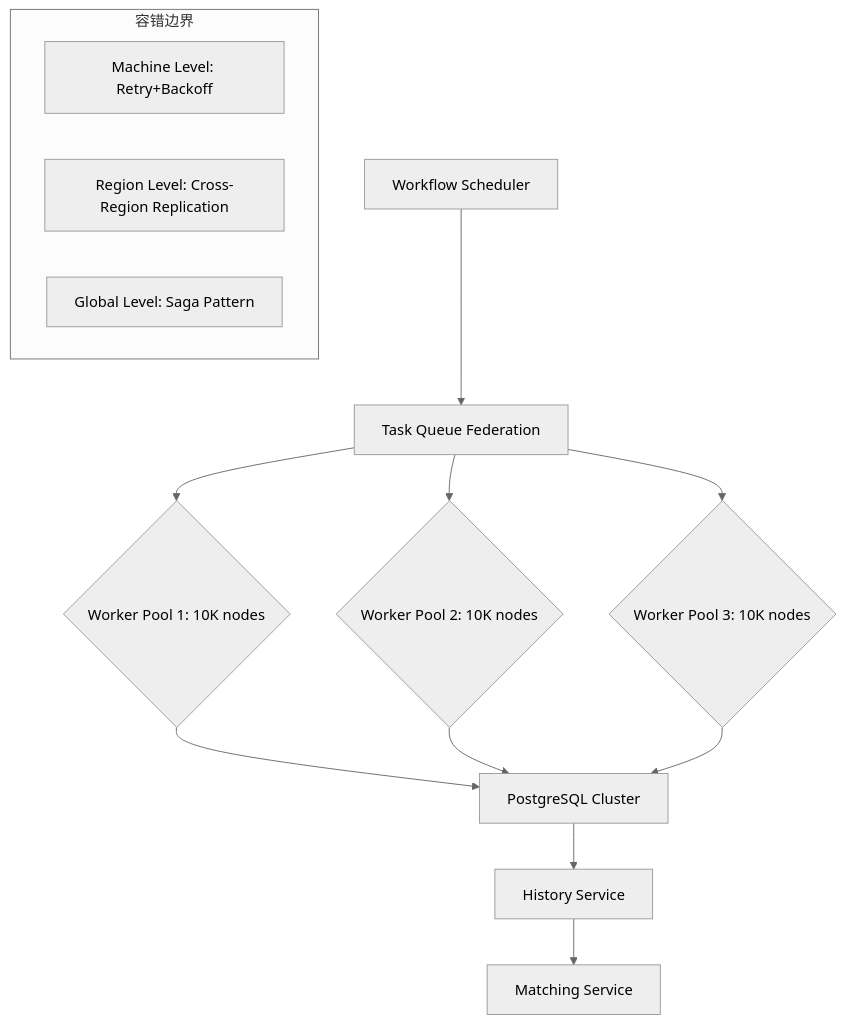
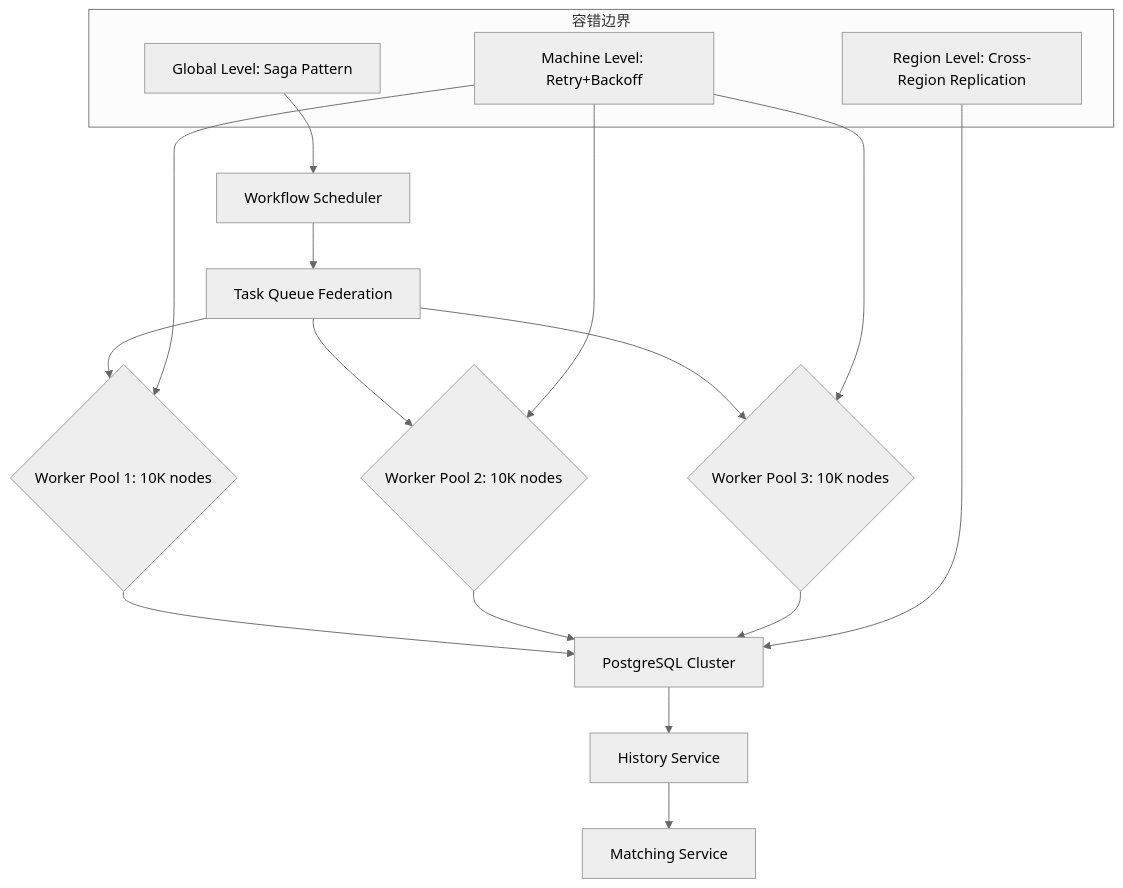
One commit to AdaMartin18010/DistributedComputing-WorkFlow changed the second of 3 diagrams in docs/04-practice-cases/企业实践案例.md. Above: the diagram before and after it, drawn with Mermaid (neutral theme). The commit also changed other lines of this file and 33 other files, not shown here.

````diff
--- a/docs/04-practice-cases/企业实践案例.md
+++ b/docs/04-practice-cases/企业实践案例.md
@@ -91,18 +411,24 @@
 ```mermaid
 graph TD
     A[Workflow Scheduler] --> B[Task Queue Federation]
     B --> C{Worker Pool 1: 10K nodes}
     B --> D{Worker Pool 2: 10K nodes}
     B --> E{Worker Pool 3: 10K nodes}
     C --> F[PostgreSQL Cluster]
     D --> F
     E --> F
     F --> G[History Service]
     G --> H[Matching Service]
 
     subgraph "容错边界"
         I[Machine Level: Retry+Backoff]
         J[Region Level: Cross-Region Replication]
         K[Global Level: Saga Pattern]
     end
+
+    I --> C
+    I --> D
+    I --> E
+    J --> F
+    K --> A
 ```
````
